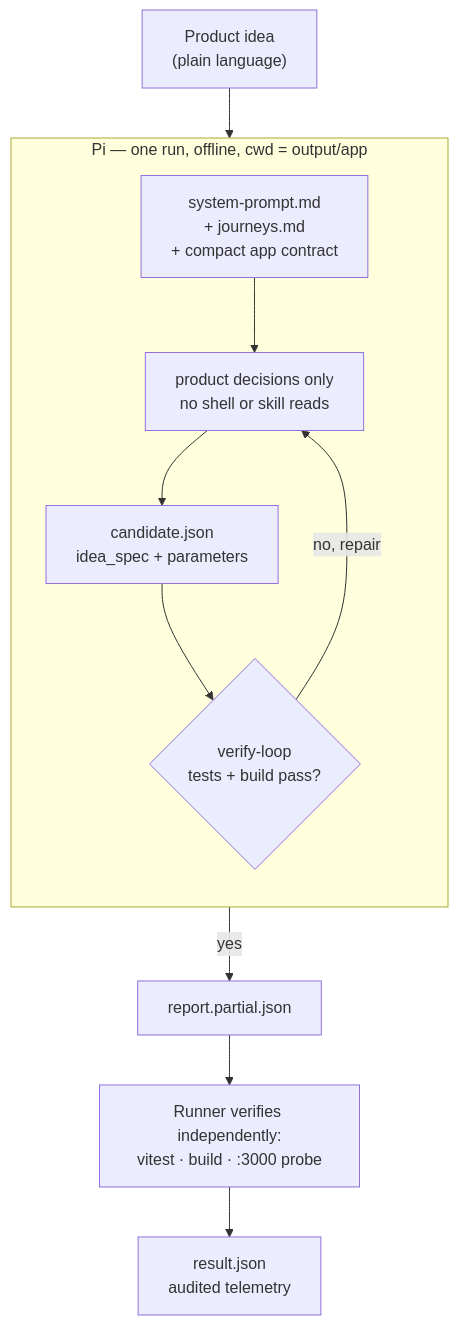
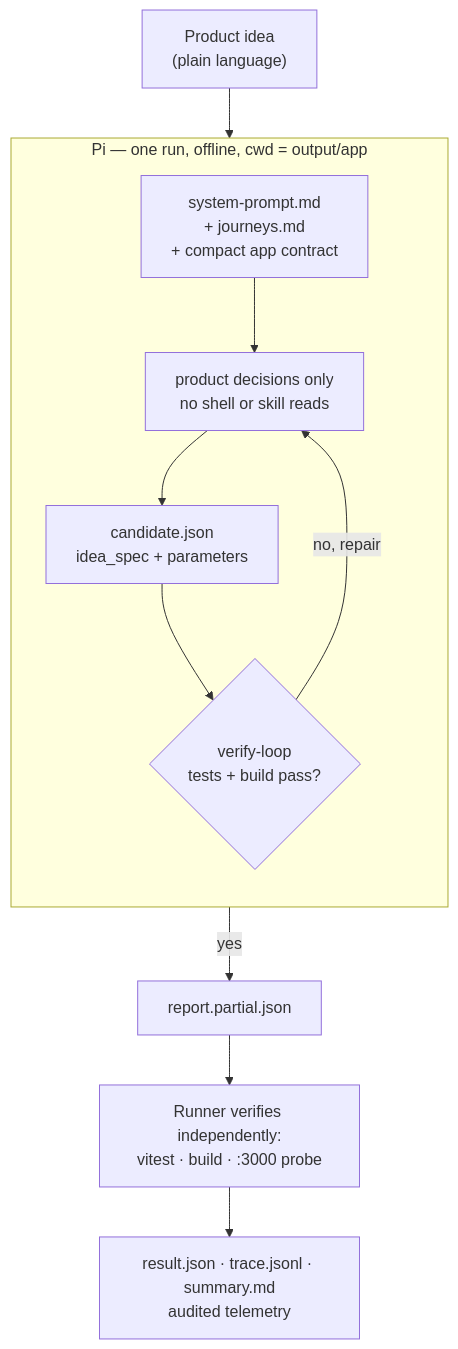
One commit to markus-marandi/agentcofounder changed the diagram in README.md. Above: the diagram before and after it, drawn with Mermaid. The commit also changed other lines of this file and 31 other files, not shown here.

````diff
--- a/README.md
+++ b/README.md
@@ -18,19 +18,19 @@
 ```mermaid
 flowchart TD
     idea["Product idea<br/>(plain language)"] --> pi
 
     subgraph pi["Pi — one run, offline, cwd = output/app"]
         direction TB
         prompt["system-prompt.md<br/>+ journeys.md<br/>+ compact app contract"]
         decisions["product decisions only<br/>no shell or skill reads"]
         candidate["candidate.json<br/>idea_spec + parameters"]
         loop{"verify-loop<br/>tests + build pass?"}
 
         prompt --> decisions --> candidate --> loop
         loop -- "no, repair" --> decisions
     end
 
     loop -- yes --> report["report.partial.json"]
     report --> runner["Runner verifies independently:<br/>vitest · build · :3000 probe"]
-    runner --> result["result.json<br/>audited telemetry"]
+    runner --> result["result.json · trace.jsonl · summary.md<br/>audited telemetry"]
 ```
````
